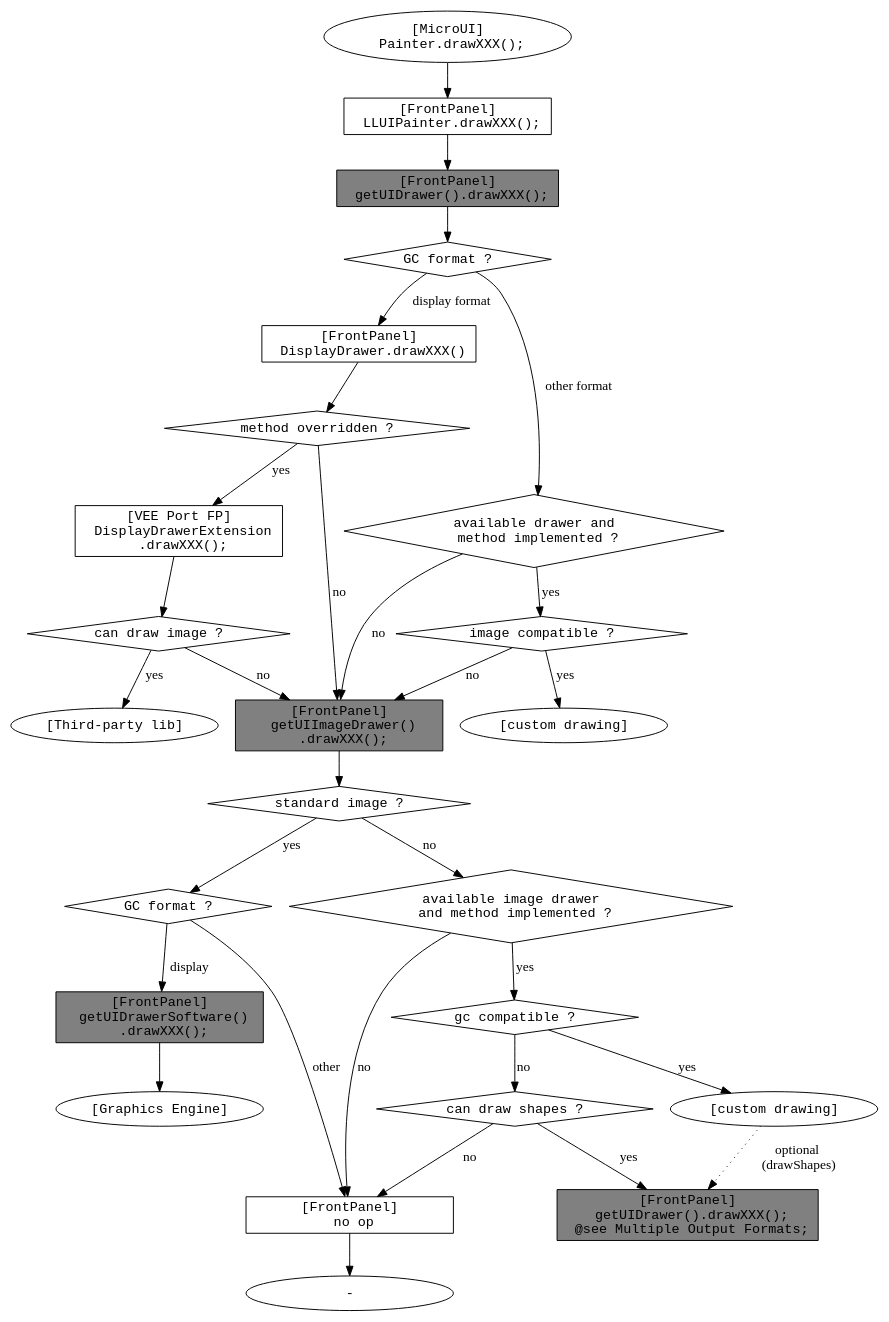
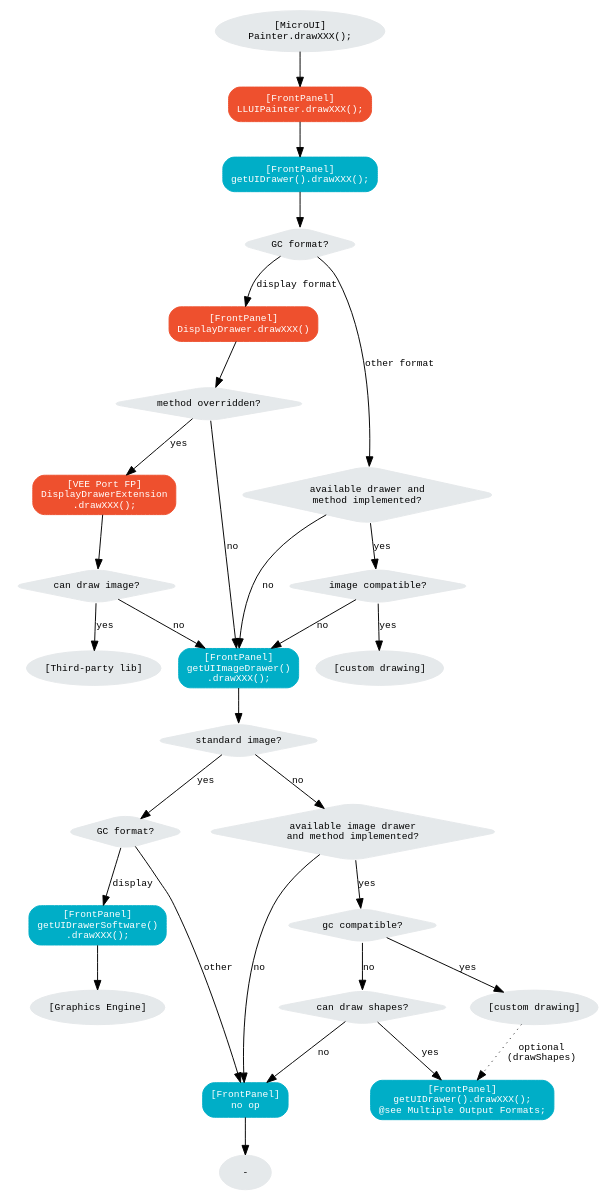
The fourth of 4 diagrams in VEEPortingGuide/uiBufferedImage.rst (MicroEJ/docs), drawn with Graphviz before and after one commit. The commit also changed other lines of this file and 2 other files, not shown here.

Commit message:
Update graphs look.

```diff
--- a/VEEPortingGuide/uiBufferedImage.rst
+++ b/VEEPortingGuide/uiBufferedImage.rst
@@ -918,103 +907,99 @@
   digraph {
     ratio="auto"
     splines="true";
-    node [style=filled fillcolor=white shape=rectangle fontname=monospace fontcolor=black width=3];
-        
+    node [style="filled,rounded" fontname="courier new" fontsize="10"]
+
+    { //in/out
+        node [shape="ellipse" color="#e5e9eb" fontcolor="black"] mui UID_soft_c UID_gpu_hard UID_1_d stub UIIx_impl_d
+    }
+    { // h
+        node [shape="box" color="#00aec7" fontcolor="white"] UID_h UID_soft_h UID_stub_h UII_h UID_h2
+    }
+    { // c
+        node [shape="box" color="#ee502e" fontcolor="white"] LLUI_c UID_c0 UID_gpu_0_c
+    }
+    { // weak
+        node [shape="box" style="dashed,rounded" color="#ee502e"] 
+    }
+    { // choice
+        node [shape="diamond" color="#e5e9eb"] UID_cond UID_gpu_cond UID_table UID_cond_1 UID_1_i UII_cond UII_gc UIIx_cond UIIx_gc UIIx_shape
+    }
+
     // --- SIMPLE FLOW ELEMENTS -- //
 
-    mui [label="[MicroUI]
-    Painter.drawXXX();" shape=ellipse] 
-    LLUI_c [label="[FrontPanel]
-    LLUIPainter.drawXXX();"]
-    UID_h [label="[FrontPanel]
-    getUIDrawer().drawXXX();" fillcolor=gray]
-    // UID_weak_c [label="[ui_drawing.c]
-    // weak UI_DRAWING_drawXXX();" style=dotted]
-    UID_soft_h [label="[FrontPanel]
-    getUIDrawerSoftware()
-    .drawXXX();" fillcolor=gray]
-    UID_soft_c [label="[Graphics Engine]" shape=ellipse]
+    mui [label="[MicroUI]\nPainter.drawXXX();"] 
+    LLUI_c [label="[FrontPanel]\nLLUIPainter.drawXXX();"]
+    UID_h [label="[FrontPanel]\ngetUIDrawer().drawXXX();"]
+    UID_soft_h [label="[FrontPanel]\ngetUIDrawerSoftware()\n.drawXXX();"]
+    UID_soft_c [label="[Graphics Engine]"]
 
     // --- GPU FLOW ELEMENTS -- //
 
-    UID_cond [label="method overridden ?" shape=diamond]
-    // UID_gpu_c [label="[ui_drawing_gpu.c]
-    // UI_DRAWING_drawXXX();"]
-    UID_gpu_cond [label="can draw image ?" shape=diamond]
-    UID_gpu_hard [label="[Third-party lib]" shape=ellipse]
+    UID_cond [label="method overridden?"]
+    UID_gpu_cond [label="can draw image?"]
+    UID_gpu_hard [label="[Third-party lib]"]
 
     // --- MULTIPLE GC FLOW ELEMENTS -- //
 
-    UID_table [label="GC format ?" shape=diamond]
-    UID_c0 [label="[FrontPanel]
-    DisplayDrawer.drawXXX()"]
-    UID_gpu_0_c [label="[VEE Port FP]
-    DisplayDrawerExtension
-    .drawXXX();"]
-    UID_cond_1 [label="available drawer and
-    method implemented ?" shape=diamond]
+    UID_table [label="GC format?"]
+    UID_c0 [label="[FrontPanel]\nDisplayDrawer.drawXXX()"]
+    UID_gpu_0_c [label="[VEE Port FP]\nDisplayDrawerExtension\n.drawXXX();"]
+    UID_cond_1 [label="available drawer and\nmethod implemented?"]
 
-    UID_1_d [label="[custom drawing]" shape=ellipse]
-    UID_1_i [label="image compatible ?" shape=diamond]
+    UID_1_d [label="[custom drawing]"]
+    UID_1_i [label="image compatible?"]
 
-    UID_stub_h [label="[FrontPanel]
-    no op"]
-    stub [label="-" shape=ellipse]
+    UID_stub_h [label="[FrontPanel]\nno op"]
+    stub [label="-"]
 
     // --- MULTIPLE IMAGES FLOW ELEMENTS -- //
 
-    UII_h [label="[FrontPanel]
-    getUIImageDrawer()
-    .drawXXX();" fillcolor=gray]
-    UII_cond [label="standard image ?" shape=diamond]
-    UII_gc [label="GC format ?" shape=diamond]
-    UIIx_cond [label="available image drawer
-    and method implemented ?" shape=diamond]
-    UIIx_impl_d [label="[custom drawing]" shape=ellipse]
-    UIIx_gc [label="gc compatible ?" shape=diamond]
-    UIIx_shape [label="can draw shapes ?" shape=diamond]
+    UII_h [label="[FrontPanel]\ngetUIImageDrawer()\n.drawXXX();"]
+    UII_cond [label="standard image?"]
+    UII_gc [label="GC format?"]
+    UIIx_cond [label="available image drawer\nand method implemented?"]
+    UIIx_impl_d [label="[custom drawing]"]
+    UIIx_gc [label="gc compatible?"]
+    UIIx_shape [label="can draw shapes?"]
 
-    UID_h2 [label="[FrontPanel]
-    getUIDrawer().drawXXX();
-    @see Multiple Output Formats;" fillcolor=gray ]
+    UID_h2 [label="[FrontPanel]\ngetUIDrawer().drawXXX();\n@see Multiple Output Formats;"]
 
     // --- FLOW -- //
 
     mui->LLUI_c->UID_h->UID_table
-    UID_table->UID_c0 [label="display format"]
+    UID_table->UID_c0 [label="display format" fontname="courier new" fontsize="10"]
     UID_c0->UID_cond
-    UID_table->UID_cond_1 [label="other format"]
+    UID_table->UID_cond_1 [label="other format" fontname="courier new" fontsize="10"]
 
 
     // dest: display format
-    UID_cond->UII_h [label="no"]
+    UID_cond->UII_h [label="no" fontname="courier new" fontsize="10"]
     UII_h->UII_cond
-    UID_cond->UID_gpu_0_c [label="yes"]
+    UID_cond->UID_gpu_0_c [label="yes" fontname="courier new" fontsize="10"]
     UID_gpu_0_c->UID_gpu_cond
 
     UID_stub_h->stub
 
     // dest: custom format
-    UID_cond_1->UII_h [label="no"]
-    UID_cond_1->UID_1_i [label="yes"]
-    UID_1_i->UID_1_d [label="yes"]
-    UID_1_i->UII_h [label="no"]
+    UID_cond_1->UII_h [label="no" fontname="courier new" fontsize="10"]
+    UID_cond_1->UID_1_i [label="yes" fontname="courier new" fontsize="10"]
+    UID_1_i->UID_1_d [label="yes" fontname="courier new" fontsize="10"]
+    UID_1_i->UII_h [label="no" fontname="courier new" fontsize="10"]
 
     // gpu
-    UID_gpu_cond->UII_h [label="no"]
-    UID_gpu_cond->UID_gpu_hard [label="yes"]
+    UID_gpu_cond->UII_h [label="no" fontname="courier new" fontsize="10"]
+    UID_gpu_cond->UID_gpu_hard [label="yes" fontname="courier new" fontsize="10"]
 
-    UII_cond->UII_gc [label="yes"]
-    UII_cond->UIIx_cond [label="no"]
-    UII_gc->UID_soft_h  [label="display"]
-    UII_gc->UID_stub_h  [label="other"]
+    UII_cond->UII_gc [label="yes" fontname="courier new" fontsize="10"]
+    UII_cond->UIIx_cond [label="no" fontname="courier new" fontsize="10"]
+    UII_gc->UID_soft_h  [label="display" fontname="courier new" fontsize="10"]
+    UII_gc->UID_stub_h  [label="other" fontname="courier new" fontsize="10"]
     UID_soft_h->UID_soft_c
-    UIIx_cond->UID_stub_h [label="no"]
-    UIIx_cond->UIIx_gc [label="yes"]
-    UIIx_gc->UIIx_impl_d [label="yes"]
-    UIIx_gc->UIIx_shape [label="no"]
-    UIIx_shape->UID_h2 [label="yes"]
-    UIIx_shape->UID_stub_h [label="no"]
-    UIIx_impl_d->UID_h2 [style=dotted label="optional
-    (drawShapes)"]
+    UIIx_cond->UID_stub_h [label="no" fontname="courier new" fontsize="10"]
+    UIIx_cond->UIIx_gc [label="yes" fontname="courier new" fontsize="10"]
+    UIIx_gc->UIIx_impl_d [label="yes" fontname="courier new" fontsize="10"]
+    UIIx_gc->UIIx_shape [label="no" fontname="courier new" fontsize="10"]
+    UIIx_shape->UID_h2 [label="yes" fontname="courier new" fontsize="10"]
+    UIIx_shape->UID_stub_h [label="no" fontname="courier new" fontsize="10"]
+    UIIx_impl_d->UID_h2 [style=dotted label="optional\n(drawShapes)" fontname="courier new" fontsize="10"]
   }
```
